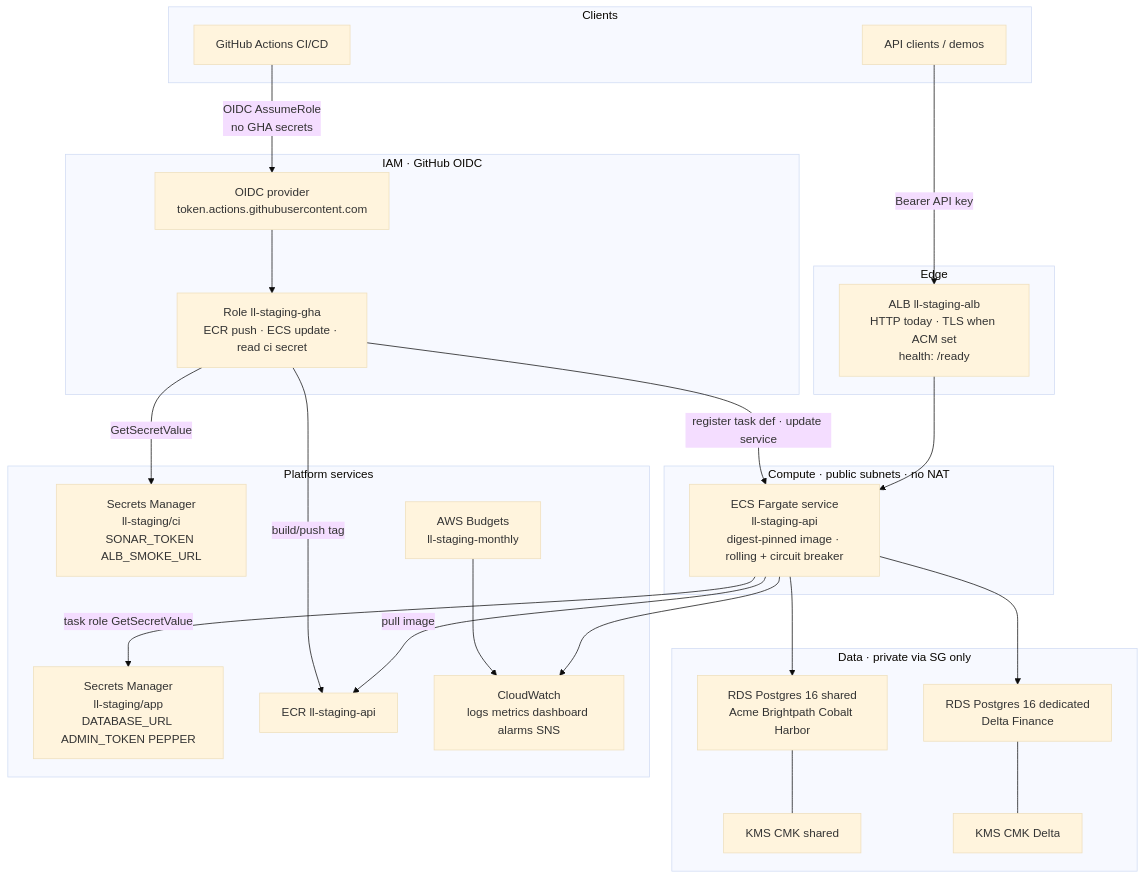
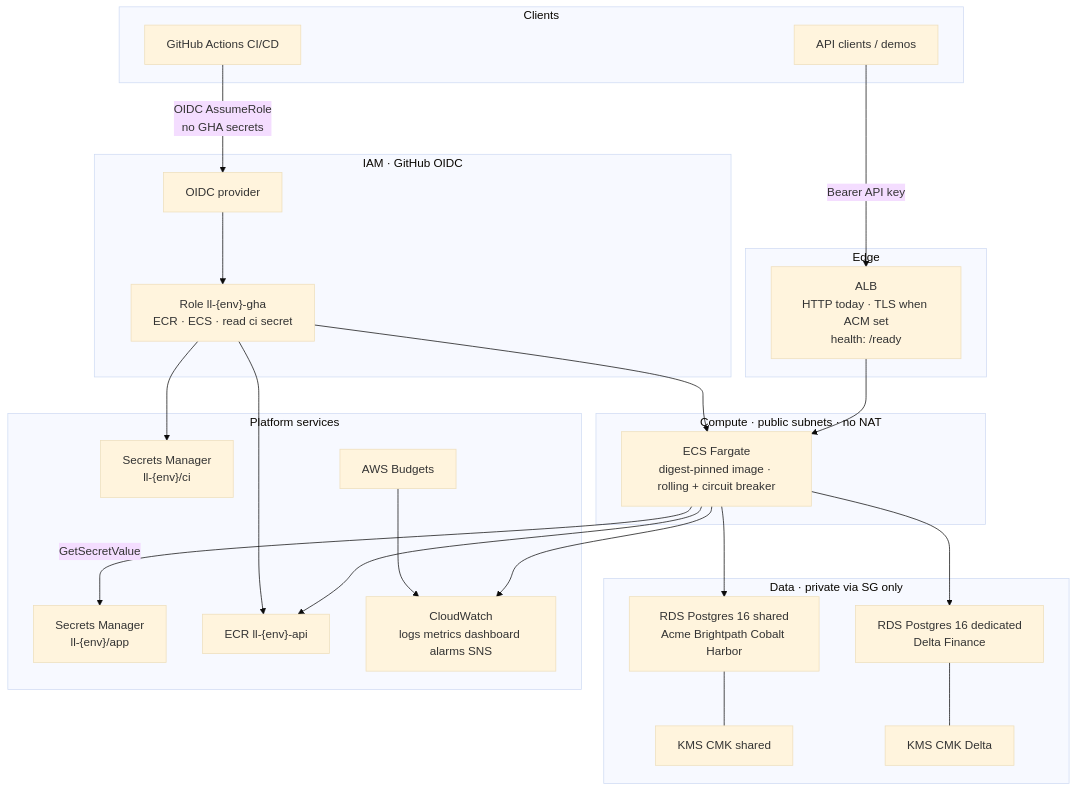
The diagram in README.md (maannaan/ledgerline-platform), drawn with Mermaid (base theme) before and after one commit. The commit also changed other lines of this file, not shown here.

Commit message:
Refresh README for dual-env reality and public-only links.

````diff
--- a/README.md
+++ b/README.md
@@ -24,52 +36,52 @@
 ```mermaid
 flowchart TB
   subgraph clients [Clients]
     browser[API clients / demos]
     gha[GitHub Actions CI/CD]
   end
 
   subgraph edge [Edge]
-    alb["ALB ll-staging-alb<br/>HTTP today · TLS when ACM set<br/>health: /ready"]
+    alb["ALB<br/>HTTP today · TLS when ACM set<br/>health: /ready"]
   end
 
   subgraph compute [Compute · public subnets · no NAT]
-    ecs["ECS Fargate service<br/>ll-staging-api<br/>digest-pinned image · rolling + circuit breaker"]
+    ecs["ECS Fargate<br/>digest-pinned image · rolling + circuit breaker"]
   end
 
   subgraph data [Data · private via SG only]
     sharedRds["RDS Postgres 16 shared<br/>Acme Brightpath Cobalt Harbor"]
     deltaRds["RDS Postgres 16 dedicated<br/>Delta Finance"]
     kmsShared["KMS CMK shared"]
     kmsDelta["KMS CMK Delta"]
   end
 
   subgraph platform [Platform services]
-    smApp["Secrets Manager<br/>ll-staging/app<br/>DATABASE_URL ADMIN_TOKEN PEPPER"]
-    smCi["Secrets Manager<br/>ll-staging/ci<br/>SONAR_TOKEN ALB_SMOKE_URL"]
-    ecr["ECR ll-staging-api"]
+    smApp["Secrets Manager<br/>ll-{env}/app"]
+    smCi["Secrets Manager<br/>ll-{env}/ci"]
+    ecr["ECR ll-{env}-api"]
     cw["CloudWatch<br/>logs metrics dashboard alarms SNS"]
-    budget["AWS Budgets<br/>ll-staging-monthly"]
+    budget["AWS Budgets"]
   end
 
   subgraph iam [IAM · GitHub OIDC]
-    oidc["OIDC provider<br/>token.actions.githubusercontent.com"]
-    ghaRole["Role ll-staging-gha<br/>ECR push · ECS update · read ci secret"]
+    oidc["OIDC provider"]
+    ghaRole["Role ll-{env}-gha<br/>ECR · ECS · read ci secret"]
   end
 
   browser -->|"Bearer API key"| alb
   alb --> ecs
-  ecs -->|"task role GetSecretValue"| smApp
+  ecs -->|"GetSecretValue"| smApp
   ecs --> sharedRds
   ecs --> deltaRds
   sharedRds --- kmsShared
   deltaRds --- kmsDelta
   ecs --> cw
-  ecs -->|"pull image"| ecr
+  ecs --> ecr
 
   gha -->|"OIDC AssumeRole<br/>no GHA secrets"| oidc
   oidc --> ghaRole
-  ghaRole -->|"build/push tag"| ecr
-  ghaRole -->|"register task def · update service"| ecs
-  ghaRole -->|"GetSecretValue"| smCi
+  ghaRole --> ecr
+  ghaRole --> ecs
+  ghaRole --> smCi
   budget --> cw
 ```
````
